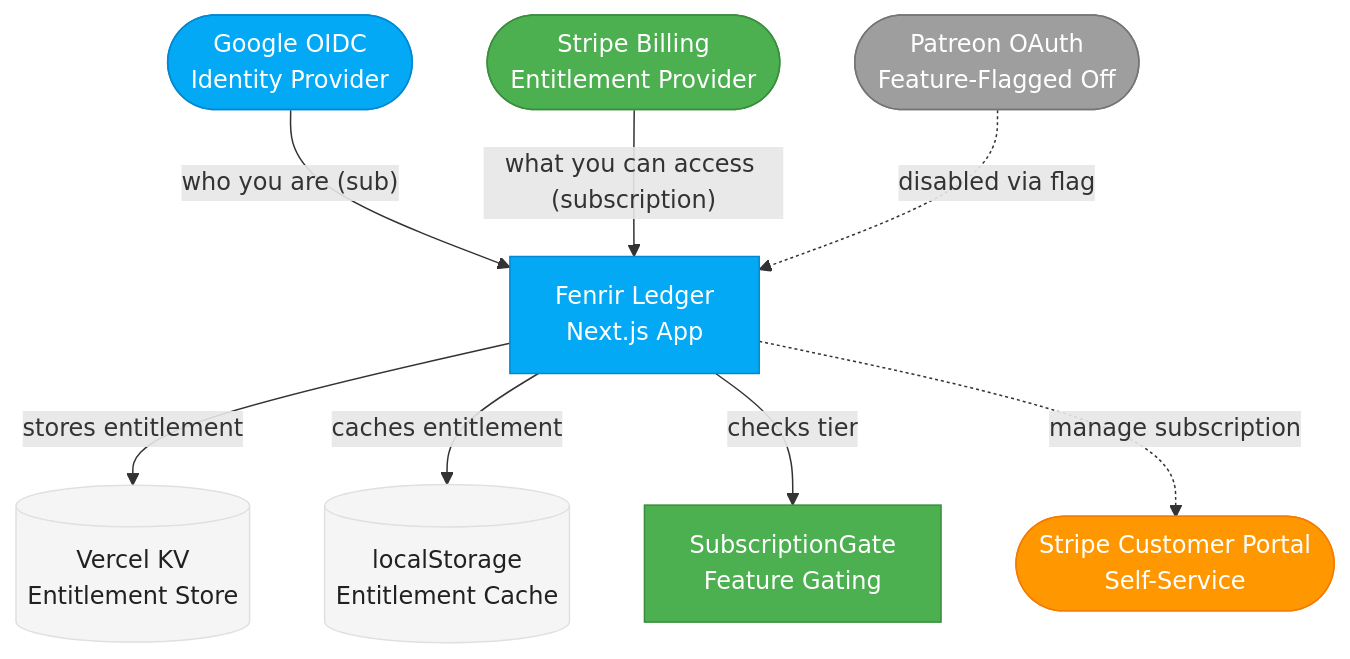
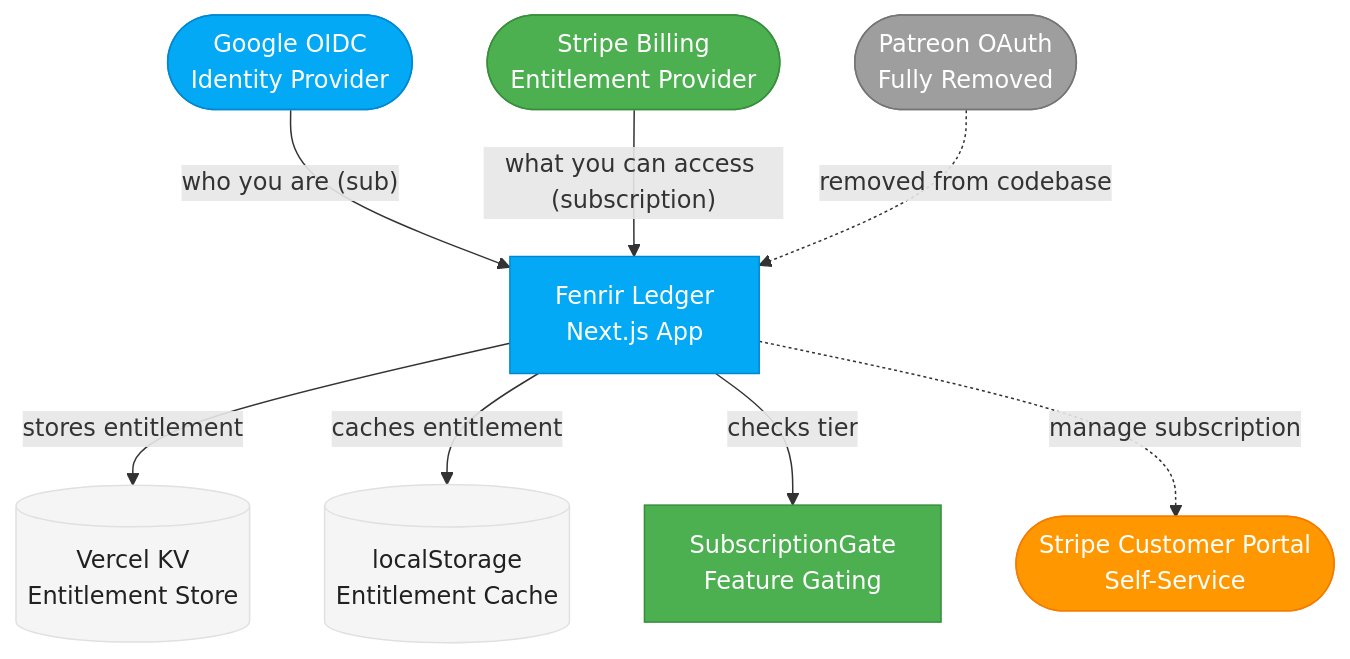
The diagram in product/platform-recommendation.md (declanshanaghy/fenrir-ledger), drawn with Mermaid before and after one commit. The commit also changed other lines of this file and 19 other files, not shown here.

````diff
--- a/product/platform-recommendation.md
+++ b/product/platform-recommendation.md
@@ -131,39 +95,39 @@
 ```mermaid
 graph TD
     classDef primary fill:#03A9F4,stroke:#0288D1,color:#FFF
     classDef healthy fill:#4CAF50,stroke:#388E3C,color:#FFF
     classDef warning fill:#FF9800,stroke:#F57C00,color:#FFF
     classDef neutral fill:#F5F5F5,stroke:#E0E0E0,color:#212121
     classDef unavailable fill:#9E9E9E,stroke:#757575,color:#FFF
 
     %% Identity layer
     google([Google OIDC<br/>Identity Provider])
     %% Entitlement layer
     stripe([Stripe Billing<br/>Entitlement Provider])
-    patreon([Patreon OAuth<br/>Feature-Flagged Off])
+    patreon([Patreon OAuth<br/>Fully Removed])
     %% Storage
     kv[(Vercel KV<br/>Entitlement Store)]
     cache[(localStorage<br/>Entitlement Cache)]
 
     %% App layer
     app[Fenrir Ledger<br/>Next.js App]
     gate[SubscriptionGate<br/>Feature Gating]
     portal([Stripe Customer Portal<br/>Self-Service])
 
     google -->|"who you are (sub)"| app
     stripe -->|"what you can access (subscription)"| app
     app -->|"stores entitlement"| kv
     app -->|"caches entitlement"| cache
     app -->|"checks tier"| gate
     app -.->|"manage subscription"| portal
-    patreon -.->|"disabled via flag"| app
+    patreon -.->|"removed from codebase"| app
 
     class google primary
     class stripe healthy
     class patreon unavailable
     class kv neutral
     class cache neutral
     class app primary
     class gate healthy
     class portal warning
 ```
````
